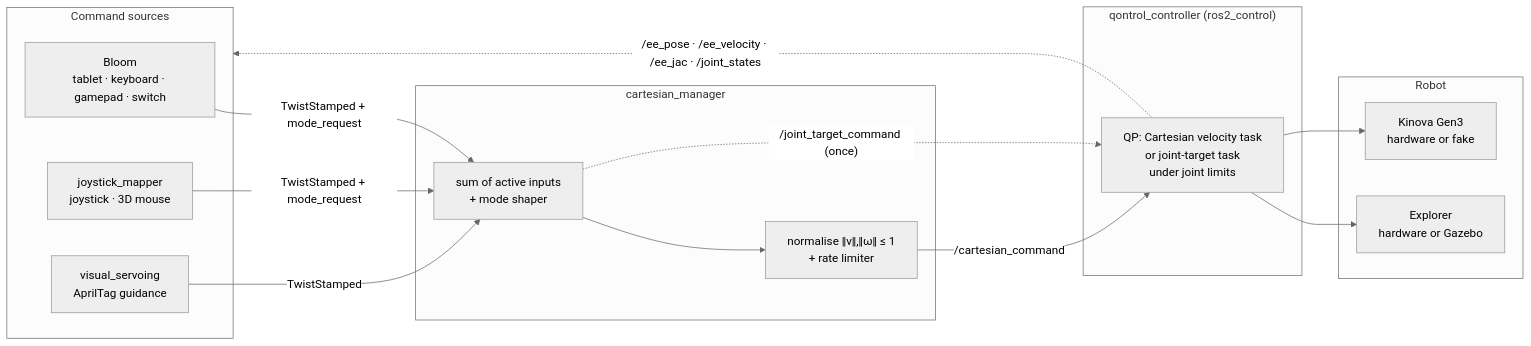
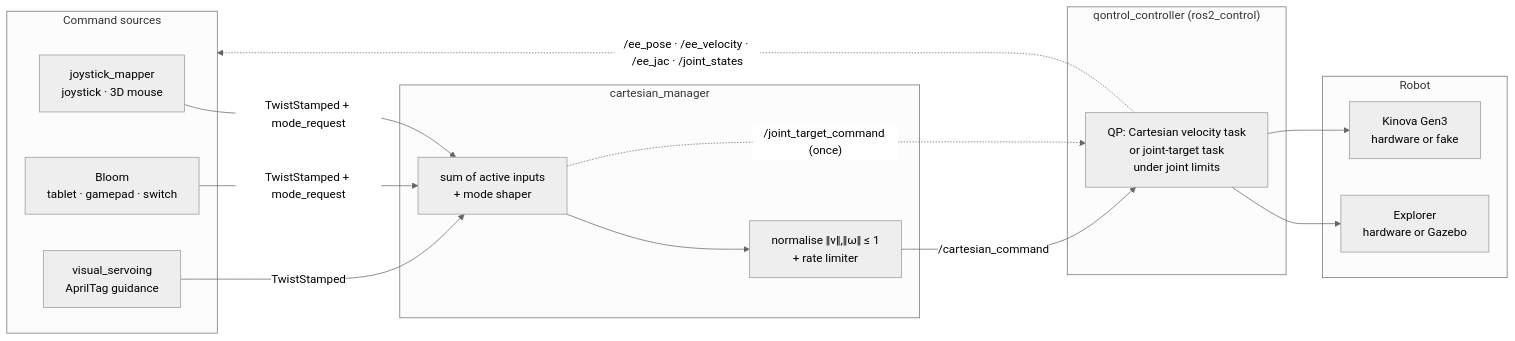
The diagram in profile/README.md (ISIR-EXTENDER/.github), drawn with Mermaid (neutral theme) before and after one commit. The commit also changed other lines of this file and 1 other file, not shown here.

````diff
--- a/profile/README.md
+++ b/profile/README.md
@@ -72,28 +79,28 @@
 ```mermaid
 flowchart LR
     subgraph inputs["Command sources"]
-        bloom["Bloom<br/>tablet · keyboard · gamepad · switch"]
         joy["joystick_mapper<br/>joystick · 3D mouse"]
+        ui["Bloom<br/>tablet · gamepad · switch"]
         vs["visual_servoing<br/>AprilTag guidance"]
     end
     subgraph manager["cartesian_manager"]
         sum["sum of active inputs<br/>+ mode shaper"]
         lim["normalise ‖v‖,‖ω‖ ≤ 1<br/>+ rate limiter"]
         sum --> lim
     end
     subgraph qp["qontrol_controller (ros2_control)"]
         task["QP: Cartesian velocity task<br/>or joint-target task<br/>under joint limits"]
     end
     subgraph robot["Robot"]
         explorer["Explorer<br/>hardware or Gazebo"]
         kinova["Kinova Gen3<br/>hardware or fake"]
     end
-    bloom -- "TwistStamped + mode_request" --> sum
     joy -- "TwistStamped + mode_request" --> sum
+    ui -- "TwistStamped + mode_request" --> sum
     vs -- "TwistStamped" --> sum
     lim -- "/cartesian_command" --> task
     sum -. "/joint_target_command (once)" .-> task
     task --> explorer
     task --> kinova
     task -. "/ee_pose · /ee_velocity · /ee_jac · /joint_states" .-> inputs
 ```
````
